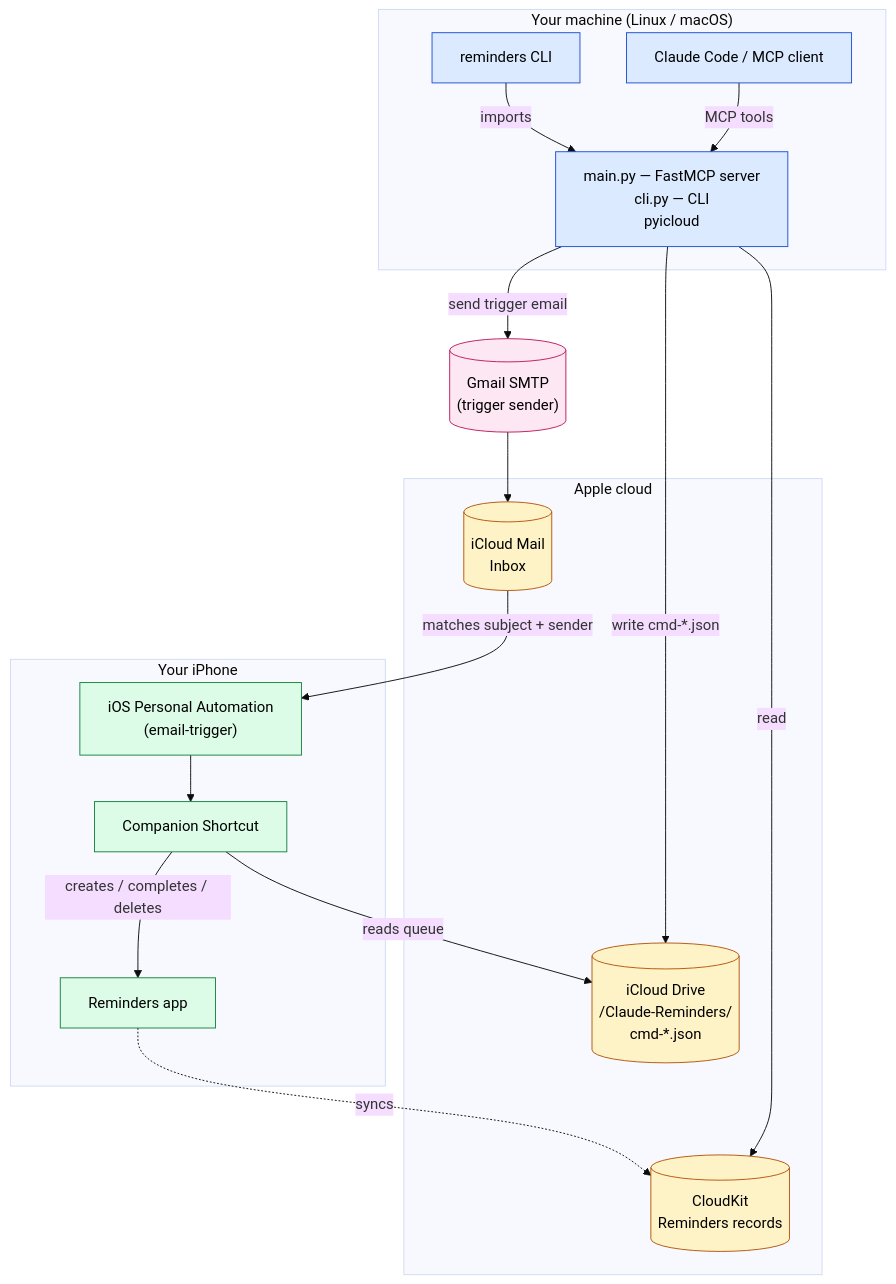
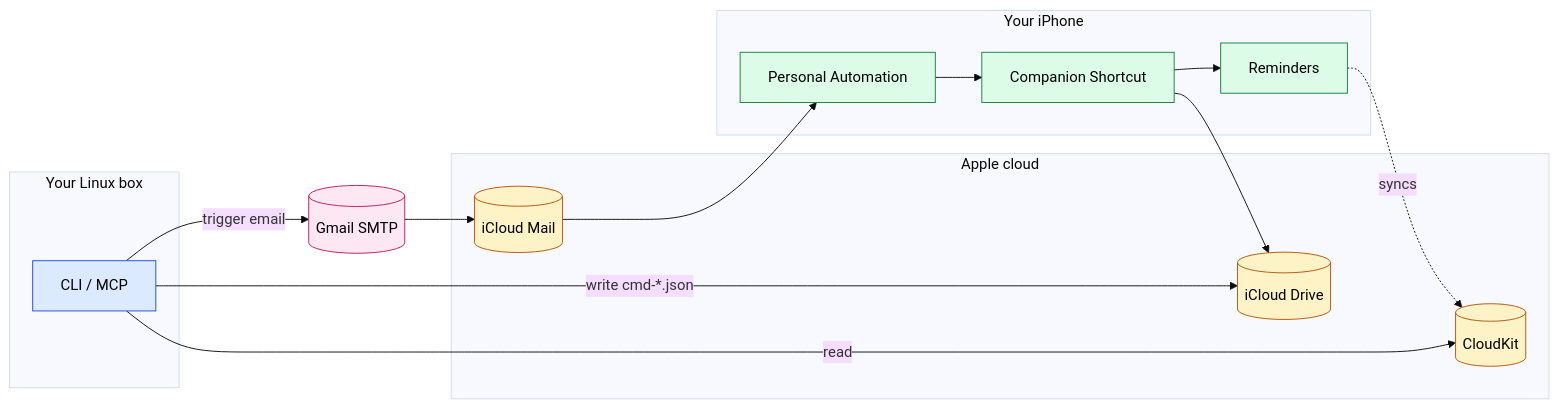
The diagram in README.md (jkan67-de/apple-reminders-mcp-cli), drawn with Mermaid (base theme) before and after one commit. The commit also changed other lines of this file and 8 other files, not shown here.

````diff
--- a/README.md
+++ b/README.md
@@ -26,44 +16,33 @@
 ```mermaid
-flowchart TD
-    subgraph Client["Your machine (Linux / macOS)"]
-        MCP["Claude Code / MCP client"]
-        CLI["reminders CLI"]
-        Server["main.py — FastMCP server<br/>cli.py — CLI<br/>pyicloud"]
-        MCP -->|MCP tools| Server
-        CLI -->|imports| Server
+flowchart LR
+    subgraph Linux["Your Linux box"]
+        T["CLI / MCP"]
     end
+    subgraph Apple["Apple cloud"]
+        CK[("CloudKit")]
+        D[("iCloud Drive")]
+        M[("iCloud Mail")]
+    end
+    subgraph iPhone["Your iPhone"]
+        PA["Personal Automation"]
+        SC["Companion Shortcut"]
+        R["Reminders"]
+    end
+    G[("Gmail SMTP")]
 
-    subgraph Apple["Apple cloud"]
-        CloudKit[("CloudKit<br/>Reminders records")]
-        Drive[("iCloud Drive<br/>/Claude-Reminders/<br/>cmd-*.json")]
-        Mail[("iCloud Mail<br/>Inbox")]
-    end
-
-    subgraph Phone["Your iPhone"]
-        PA["iOS Personal Automation<br/>(email-trigger)"]
-        SC["Companion Shortcut"]
-        Reminders["Reminders app"]
-    end
-
-    Gmail[("Gmail SMTP<br/>(trigger sender)")]
-
-    Server -->|read| CloudKit
-    Server -->|"write cmd-*.json"| Drive
-    Server -->|"send trigger email"| Gmail
-
-    Gmail --> Mail
-    Mail -->|matches subject + sender| PA
-    PA --> SC
-    SC -->|reads queue| Drive
-    SC -->|creates / completes / deletes| Reminders
-    Reminders -.->|syncs| CloudKit
+    T -->|read| CK
+    T -->|"write cmd-*.json"| D
+    T -->|"trigger email"| G
+    G --> M --> PA --> SC --> R
+    SC --> D
+    R -.->|syncs| CK
 
     classDef store fill:#fef3c7,stroke:#b45309,color:#000
     classDef client fill:#dbeafe,stroke:#1d4ed8,color:#000
     classDef phone fill:#dcfce7,stroke:#15803d,color:#000
     classDef ext fill:#fce7f3,stroke:#be185d,color:#000
-    class CloudKit,Drive,Mail store
-    class MCP,CLI,Server client
-    class PA,SC,Reminders phone
-    class Gmail ext
+    class CK,D,M store
+    class T client
+    class PA,SC,R phone
+    class G ext
 ```
````
